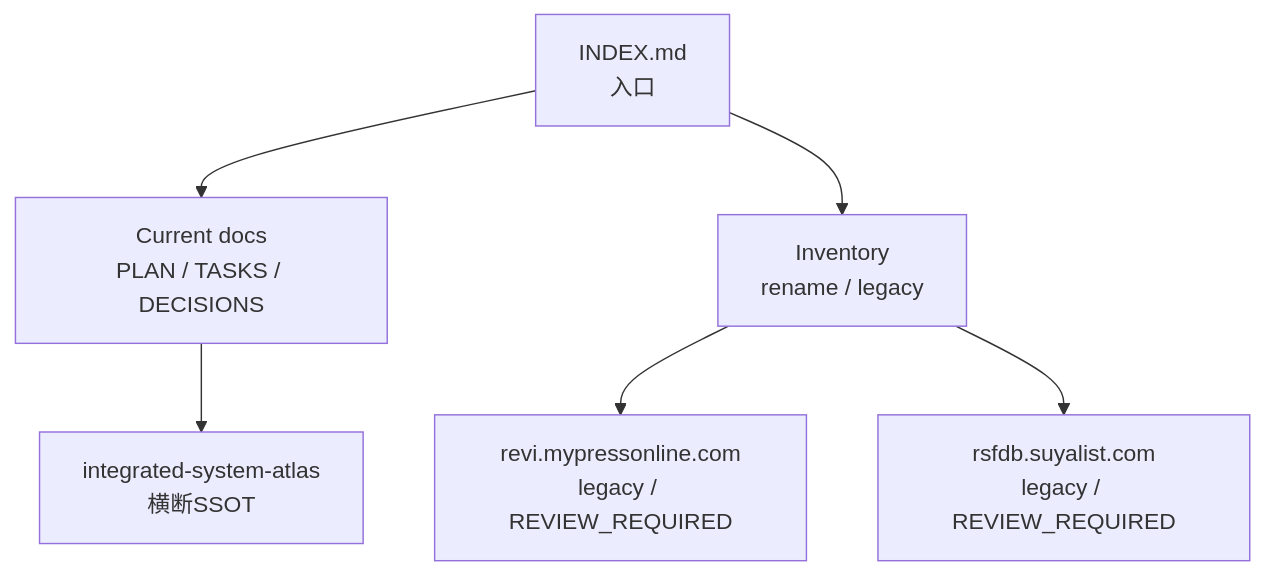
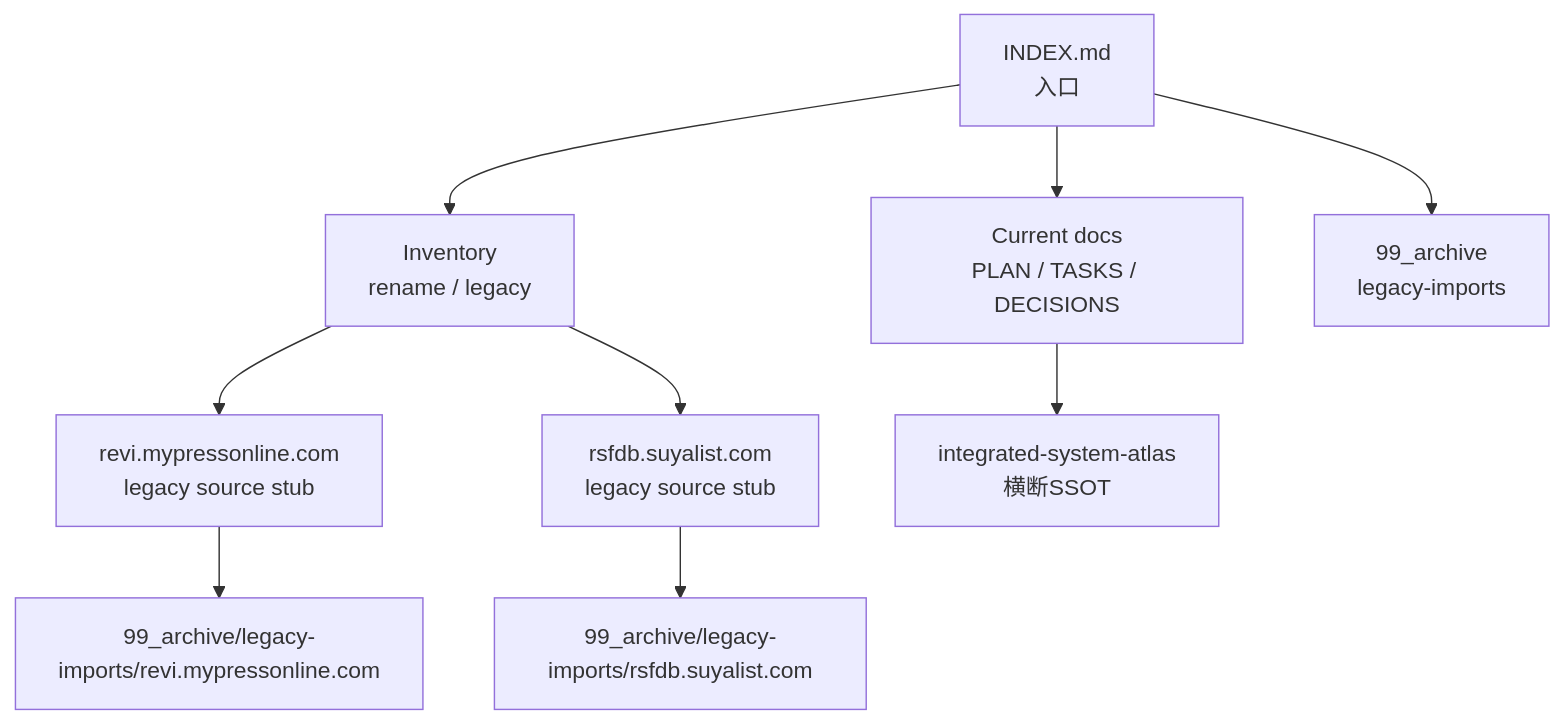
Before and after one commit to yutaro0726/ReuseShop-Database-System: the diagram in docs/DOCS_STRUCTURE.md, drawn with Mermaid. The commit also changed other lines of this file, not shown here.

Commit message:
docs: update RSFDS docs structure after archive staging

````diff
--- a/docs/DOCS_STRUCTURE.md
+++ b/docs/DOCS_STRUCTURE.md
@@ -75,8 +88,11 @@
 ```mermaid
 flowchart TD
   Index["INDEX.md\n入口"] --> Current["Current docs\nPLAN / TASKS / DECISIONS"]
   Index --> Inventory["Inventory\nrename / legacy"]
-  Inventory --> LegacyRevi["revi.mypressonline.com\nlegacy / REVIEW_REQUIRED"]
-  Inventory --> LegacyRsfd["rsfdb.suyalist.com\nlegacy / REVIEW_REQUIRED"]
+  Index --> Archive["99_archive\nlegacy-imports"]
+  Inventory --> LegacyRevi["revi.mypressonline.com\nlegacy source stub"]
+  Inventory --> LegacyRsfd["rsfdb.suyalist.com\nlegacy source stub"]
+  LegacyRevi --> ArchiveRevi["99_archive/legacy-imports/revi.mypressonline.com"]
+  LegacyRsfd --> ArchiveRsfd["99_archive/legacy-imports/rsfdb.suyalist.com"]
   Current --> Atlas["integrated-system-atlas\n横断SSOT"]
 ```
````
